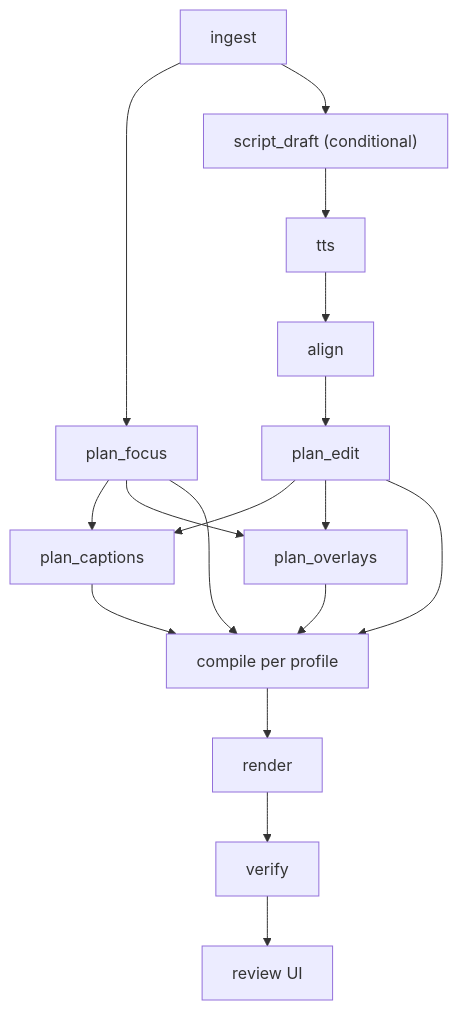
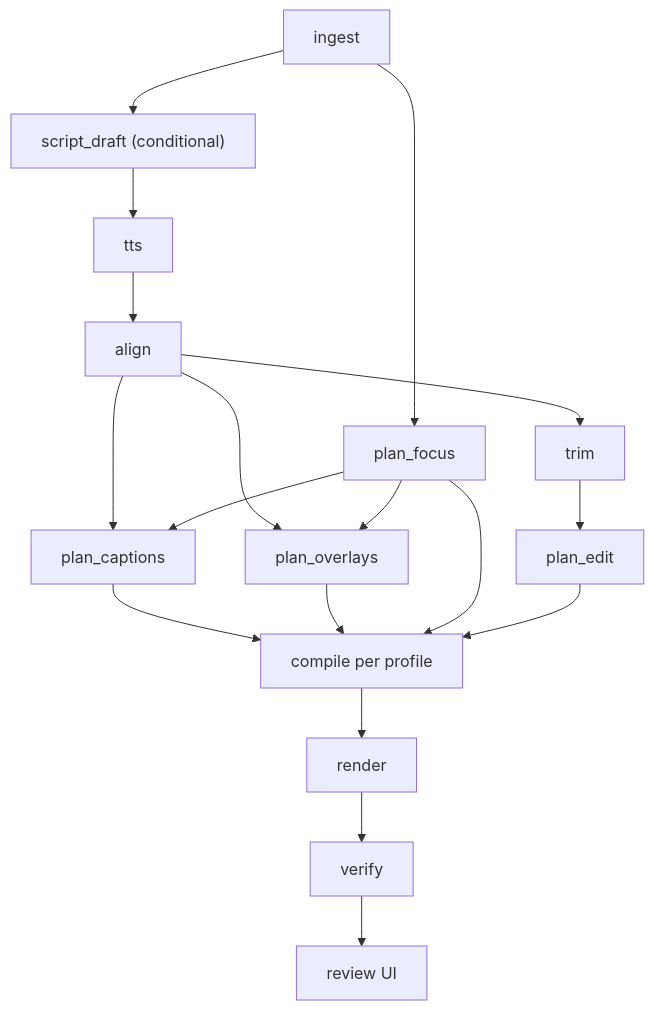
Before and after one commit to kolisachint/screencut: the diagram in docs/architecture.md, drawn with Mermaid. The commit also changed other lines of this file and 1 other file, not shown here.

First line of the commit message:
Tier segments per profile; project edits at compile; split trim from plan_edit

````diff
--- a/docs/architecture.md
+++ b/docs/architecture.md
@@ -177,19 +253,20 @@
 ```mermaid
 flowchart TD
     ingest[ingest] --> focus[plan_focus]
     ingest --> draft["script_draft (conditional)"]
     draft --> tts[tts]
     tts --> align[align]
-    align --> edit[plan_edit]
-    edit --> caps[plan_captions]
+    align --> trim[trim]
+    trim --> edit[plan_edit]
+    align --> caps[plan_captions]
     focus --> caps
-    edit --> stick[plan_overlays]
+    align --> stick[plan_overlays]
     focus --> stick
     caps --> compile[compile per profile]
     stick --> compile
     focus --> compile
     edit --> compile
     compile --> render[render]
     render --> verify[verify]
     verify --> review[review UI]
 ```
````
